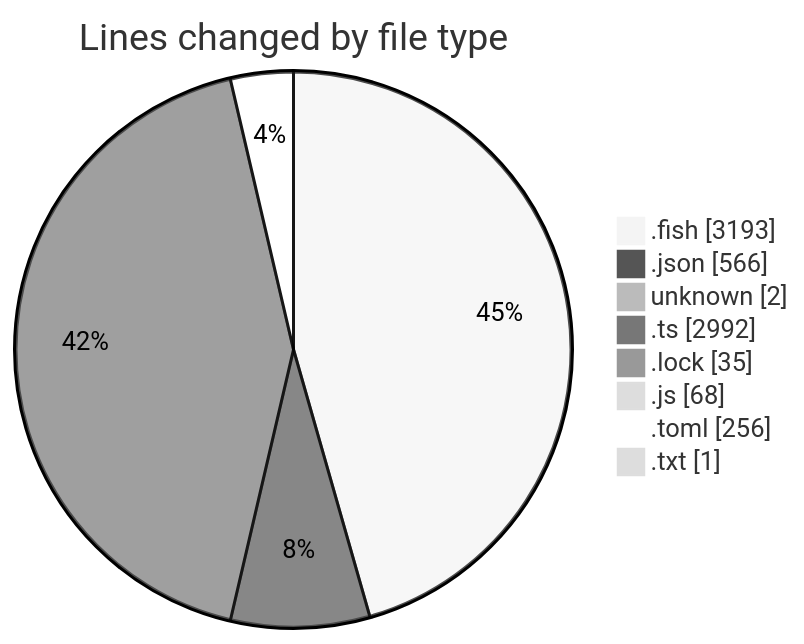
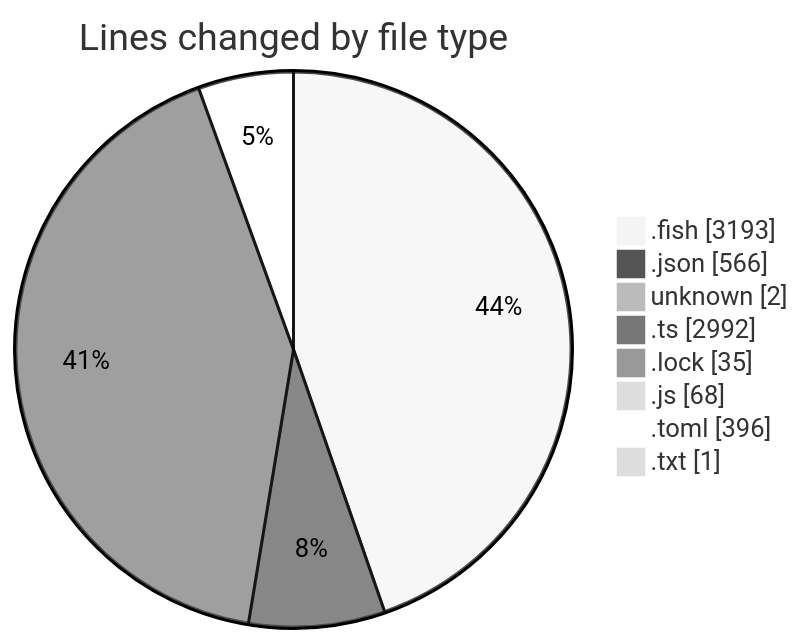
Before and after one commit to EIIisD/code-tracking: the first of 2 diagrams in 2025-07-12/fish/README.md, drawn with Mermaid (neutral theme). The commit also changed other lines of this file and 1 other file, not shown here.

````diff
--- a/2025-07-12/fish/README.md
+++ b/2025-07-12/fish/README.md
@@ -162,12 +162,12 @@
 ```mermaid
 pie showData
 title Lines changed by file type
 ".fish" : 3193
 ".json" : 566
 "unknown" : 2
 ".ts" : 2992
 ".lock" : 35
 ".js" : 68
-".toml" : 256
+".toml" : 396
 ".txt" : 1
 ```
````
